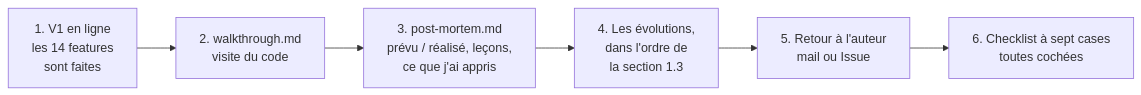
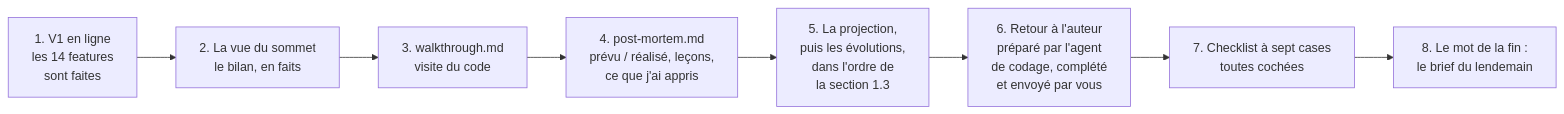
One commit to lecinquiemejour-code/goodvibe-tuto changed diagram 41 of 42 in tuto-goodvibe-vibecoding.md. Above: the diagram before and after it, drawn with Mermaid. The commit also changed other lines of this file and 1 other file, not shown here.

First line of the commit message:
docs(tuto, readme): règle 10, trois rituels (départ, camp de base, arrivée) ; l'agent de codage dit le sens, propose des pauses, demande quand le pilote reprend, et le tutoie

````diff
--- a/tuto-goodvibe-vibecoding.md
+++ b/tuto-goodvibe-vibecoding.md
@@ -2114,8 +2145,10 @@
 ```mermaid
 flowchart LR
-    A["1. V1 en ligne<br/>les 14 features<br/>sont faites"] --> B["2. walkthrough.md<br/>visite du code"]
-    B --> C["3. post-mortem.md<br/>prévu / réalisé, leçons,<br/>ce que j'ai appris"]
-    C --> D["4. Les évolutions,<br/>dans l'ordre de<br/>la section 1.3"]
-    D --> R["5. Retour à l'auteur<br/>mail ou Issue"]
-    R --> E["6. Checklist à sept cases<br/>toutes cochées"]
+    A["1. V1 en ligne<br/>les 14 features<br/>sont faites"] --> S["2. La vue du sommet<br/>le bilan, en faits"]
+    S --> B["3. walkthrough.md<br/>visite du code"]
+    B --> C["4. post-mortem.md<br/>prévu / réalisé, leçons,<br/>ce que j'ai appris"]
+    C --> D["5. La projection,<br/>puis les évolutions,<br/>dans l'ordre de<br/>la section 1.3"]
+    D --> R["6. Retour à l'auteur<br/>préparé par l'agent<br/>de codage, complété<br/>et envoyé par vous"]
+    R --> E["7. Checklist à sept cases<br/>toutes cochées"]
+    E --> F["8. Le mot de la fin :<br/>le brief du lendemain"]
 ```
````
